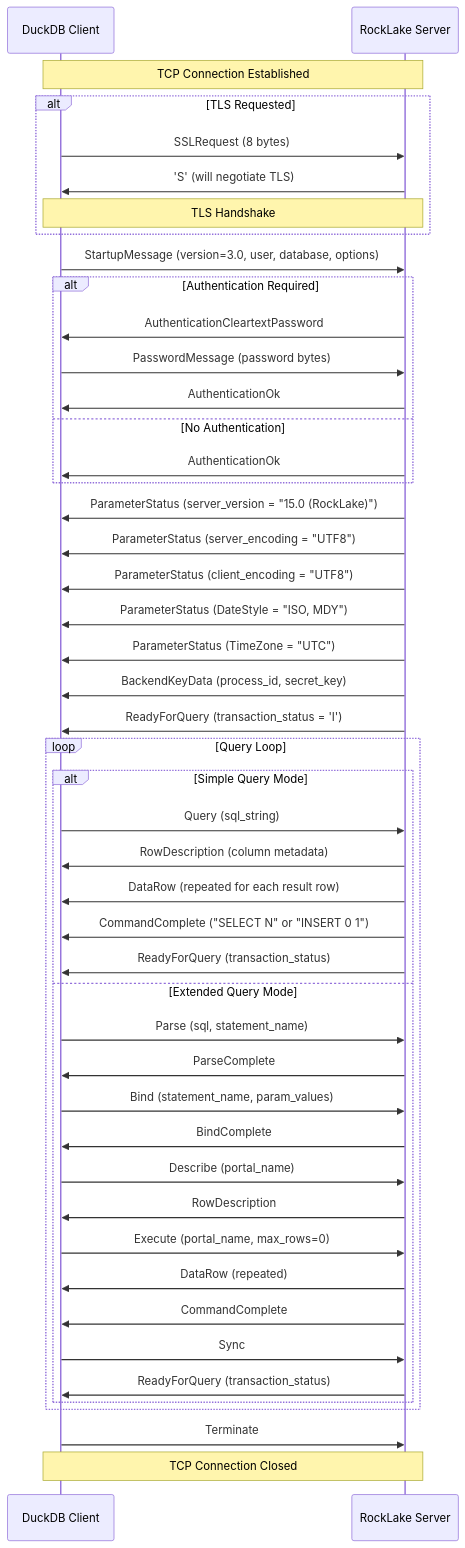
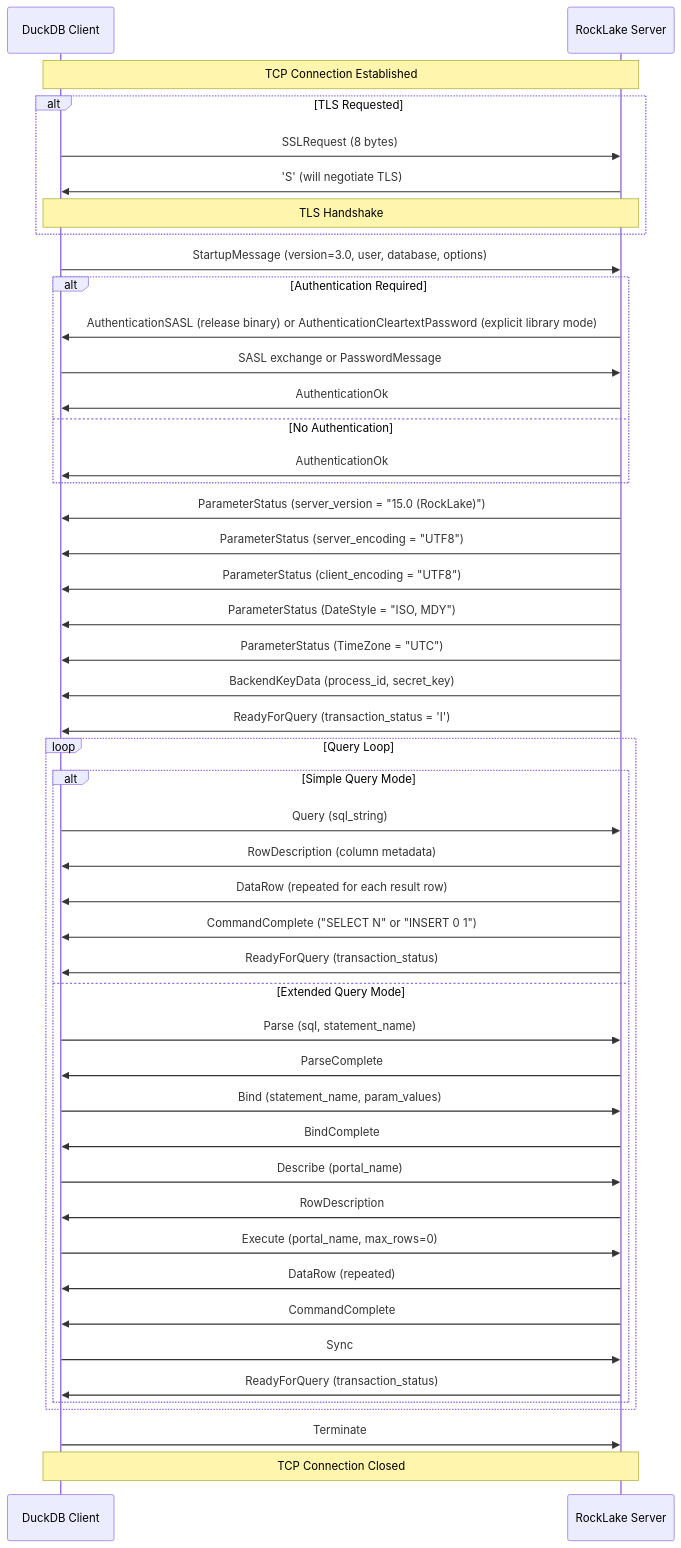
One commit to trickle-labs/rocklake changed the diagram in docs/architecture/pg-wire-protocol.md. Above: the diagram before and after it, drawn with Mermaid. The commit also changed other lines of this file and 67 other files, not shown here.

````diff
--- a/docs/architecture/pg-wire-protocol.md
+++ b/docs/architecture/pg-wire-protocol.md
@@ -22,56 +22,56 @@
 ```mermaid
 sequenceDiagram
     participant C as DuckDB Client
     participant S as RockLake Server
 
     Note over C,S: TCP Connection Established
     
     alt TLS Requested
         C->>S: SSLRequest (8 bytes)
         S->>C: 'S' (will negotiate TLS)
         Note over C,S: TLS Handshake
     end
     
     C->>S: StartupMessage (version=3.0, user, database, options)
     
     alt Authentication Required
-        S->>C: AuthenticationCleartextPassword
-        C->>S: PasswordMessage (password bytes)
+        S->>C: AuthenticationSASL (release binary) or AuthenticationCleartextPassword (explicit library mode)
+        C->>S: SASL exchange or PasswordMessage
         S->>C: AuthenticationOk
     else No Authentication
         S->>C: AuthenticationOk
     end
     
     S->>C: ParameterStatus (server_version = "15.0 (RockLake)")
     S->>C: ParameterStatus (server_encoding = "UTF8")
     S->>C: ParameterStatus (client_encoding = "UTF8")
     S->>C: ParameterStatus (DateStyle = "ISO, MDY")
     S->>C: ParameterStatus (TimeZone = "UTC")
     S->>C: BackendKeyData (process_id, secret_key)
     S->>C: ReadyForQuery (transaction_status = 'I')
     
     loop Query Loop
         alt Simple Query Mode
             C->>S: Query (sql_string)
             S->>C: RowDescription (column metadata)
             S->>C: DataRow (repeated for each result row)
             S->>C: CommandComplete ("SELECT N" or "INSERT 0 1")
             S->>C: ReadyForQuery (transaction_status)
         else Extended Query Mode
             C->>S: Parse (sql, statement_name)
             S->>C: ParseComplete
             C->>S: Bind (statement_name, param_values)
             S->>C: BindComplete
             C->>S: Describe (portal_name)
             S->>C: RowDescription
             C->>S: Execute (portal_name, max_rows=0)
             S->>C: DataRow (repeated)
             S->>C: CommandComplete
             C->>S: Sync
             S->>C: ReadyForQuery (transaction_status)
         end
     end
     
     C->>S: Terminate
     Note over C,S: TCP Connection Closed
 ```
````
